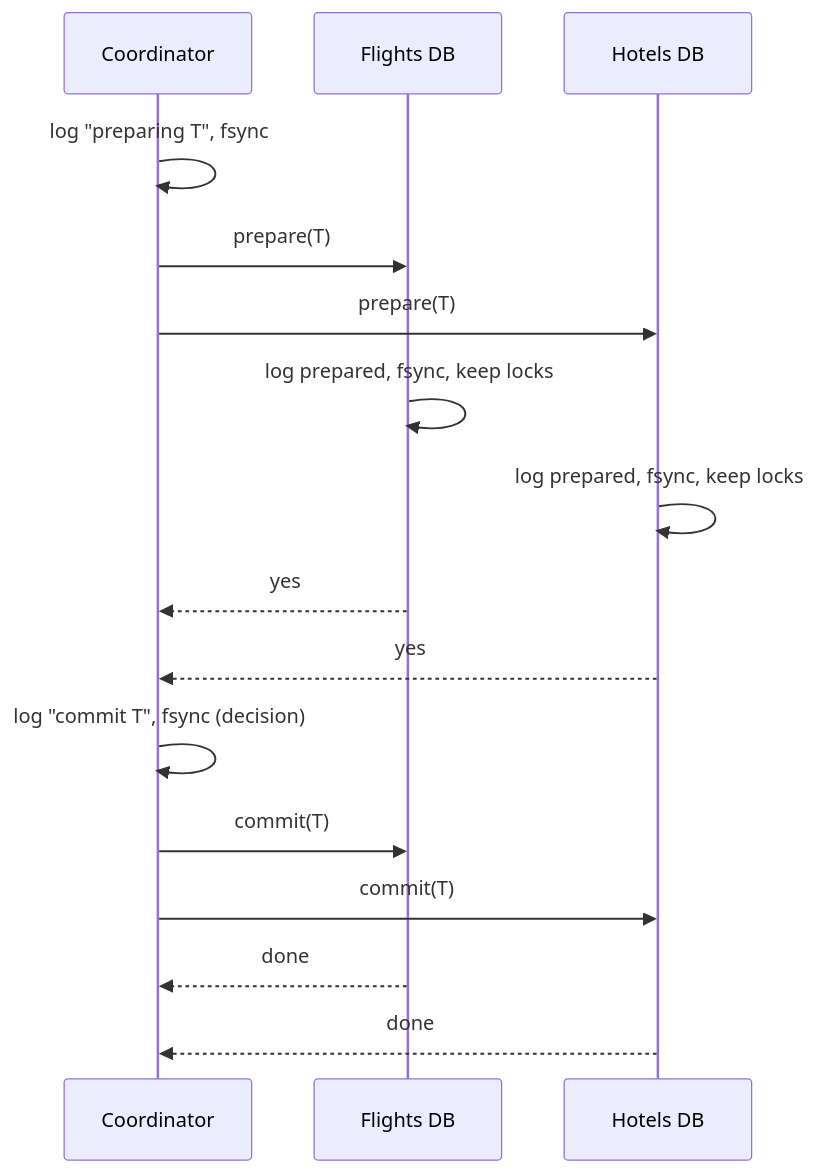
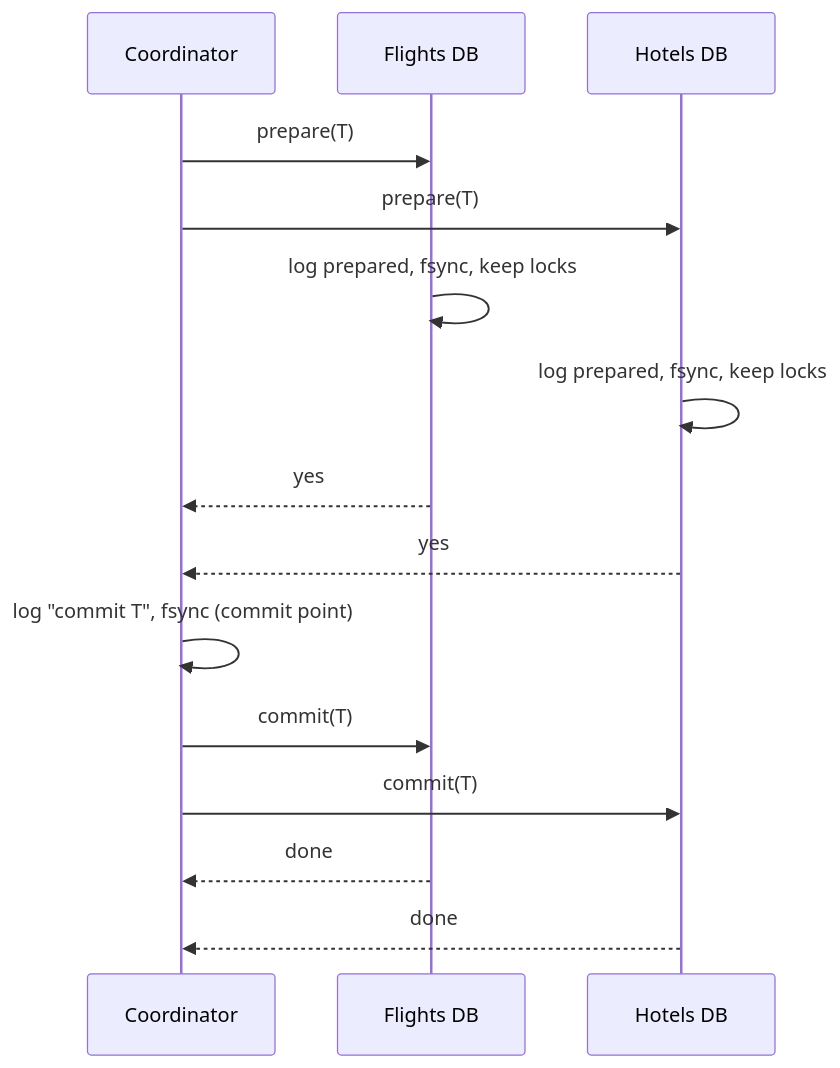
One commit to thull32/ascend changed the diagram in content/tracks/09-system-design/02-distributed-systems/05-distributed-transactions.md. Above: the diagram before and after it, drawn with Mermaid. The commit also changed other lines of this file and 11 other files, not shown here.

````diff
--- a/content/tracks/09-system-design/02-distributed-systems/05-distributed-transactions.md
+++ b/content/tracks/09-system-design/02-distributed-systems/05-distributed-transactions.md
@@ -26,18 +25,17 @@
 ```mermaid
 sequenceDiagram
     participant C as Coordinator
     participant F as Flights DB
     participant H as Hotels DB
-    C->>C: log "preparing T", fsync
     C->>F: prepare(T)
     C->>H: prepare(T)
     F->>F: log prepared, fsync, keep locks
     H->>H: log prepared, fsync, keep locks
     F-->>C: yes
     H-->>C: yes
-    C->>C: log "commit T", fsync (decision)
+    C->>C: log "commit T", fsync (commit point)
     C->>F: commit(T)
     C->>H: commit(T)
     F-->>C: done
     H-->>C: done
 ```
````
